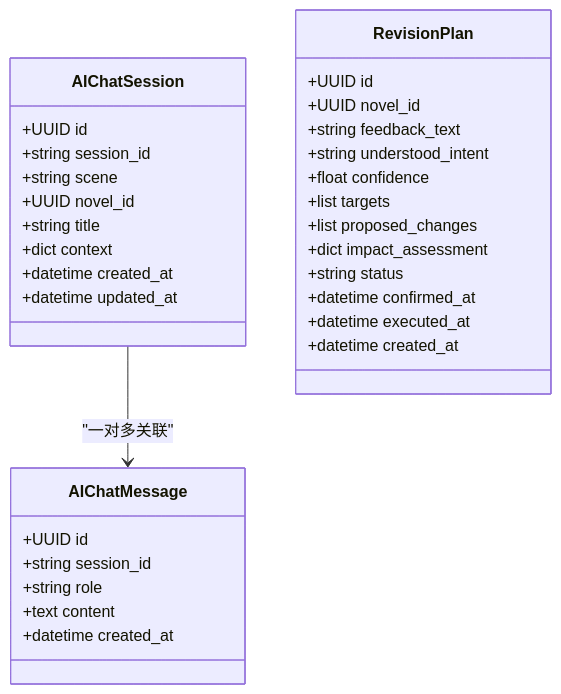
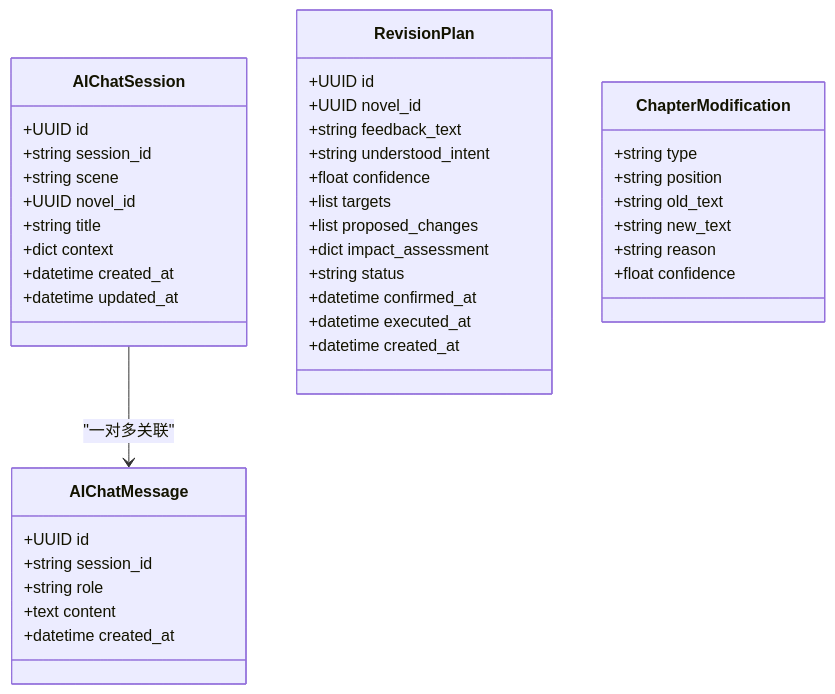
Before and after one commit to xfbyxq/ai-novel-system: diagram 12 of 14 in .qoder/repowiki/zh/content/API接口文档/AI聊天API.md, drawn with Mermaid. The commit also changed other lines of this file and 13 other files, not shown here.

````diff
--- a/.qoder/repowiki/zh/content/API接口文档/AI聊天API.md
+++ b/.qoder/repowiki/zh/content/API接口文档/AI聊天API.md
@@ -477,35 +508,43 @@
 ```mermaid
 classDiagram
 class AIChatSession {
 +UUID id
 +string session_id
 +string scene
 +UUID novel_id
 +string title
 +dict context
 +datetime created_at
 +datetime updated_at
 }
 class AIChatMessage {
 +UUID id
 +string session_id
 +string role
 +text content
 +datetime created_at
 }
 class RevisionPlan {
 +UUID id
 +UUID novel_id
 +string feedback_text
 +string understood_intent
 +float confidence
 +list targets
 +list proposed_changes
 +dict impact_assessment
 +string status
 +datetime confirmed_at
 +datetime executed_at
 +datetime created_at
 }
+class ChapterModification {
++string type
++string position
++string old_text
++string new_text
++string reason
++float confidence
+}
 AIChatSession --> AIChatMessage : "一对多关联"
 ```
````
